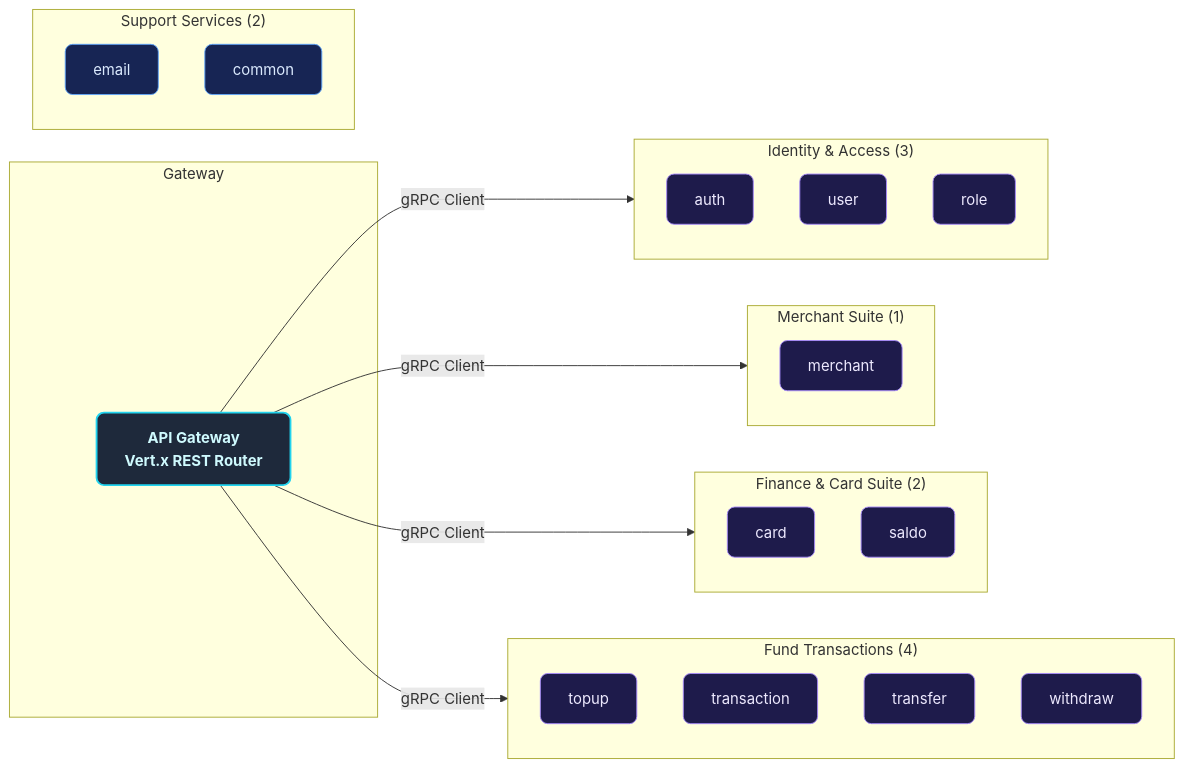
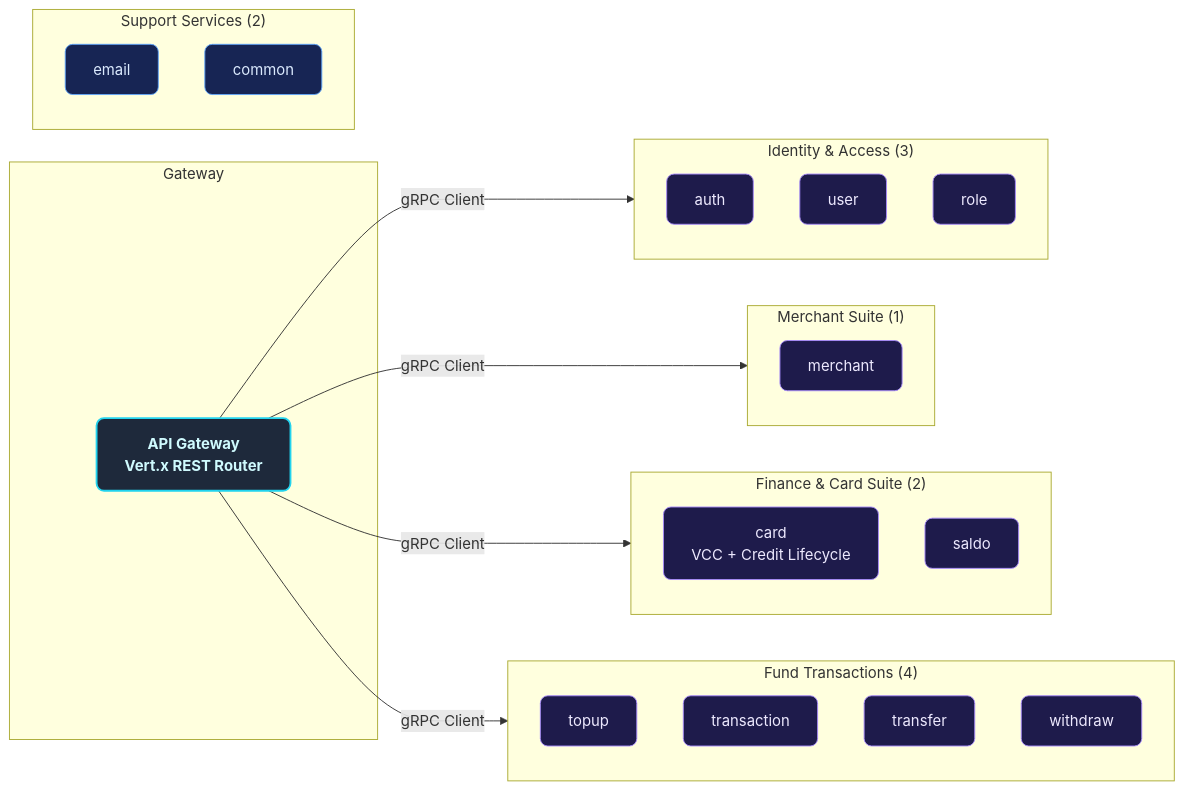
Before and after one commit to MamangRust/modular-monolith-vertx-payment-gateway: the third of 10 diagrams in README.md, drawn with Mermaid. The commit also changed other lines of this file and 815 other files, not shown here.

Commit message:
refactor: reorganize service architectures, update Kubernetes deployments, and optimize shared utility structures.

````diff
--- a/README.md
+++ b/README.md
@@ -208,42 +250,42 @@
 ```mermaid
 graph LR
     classDef svc fill:#1e1b4b,stroke:#a78bfa,color:#ede9fe,stroke-width:1px,rx:8
     classDef gw fill:#1e293b,stroke:#22d3ee,color:#cffafe,stroke-width:2px,rx:8,font-weight:bold
     classDef support fill:#172554,stroke:#60a5fa,color:#dbeafe,stroke-width:1px,rx:8
 
     subgraph Gateway
         API["API Gateway<br/>Vert.x REST Router"]:::gw
     end
 
     subgraph Identity["Identity & Access (3)"]
         A1["auth"]:::svc
         A2["user"]:::svc
         A3["role"]:::svc
     end
 
     subgraph Merchant["Merchant Suite (1)"]
         M1["merchant"]:::svc
     end
 
     subgraph Finance["Finance & Card Suite (2)"]
-        F1["card"]:::svc
+        F1["card<br/>VCC + Credit Lifecycle"]:::svc
         F2["saldo"]:::svc
     end
 
     subgraph Movements["Fund Transactions (4)"]
         T1["topup"]:::svc
         T2["transaction"]:::svc
         T3["transfer"]:::svc
         T4["withdraw"]:::svc
     end
 
     subgraph Support["Support Services (2)"]
         S1["email"]:::support
         S2["common"]:::support
     end
 
     API -->|"gRPC Client"| Identity
     API -->|"gRPC Client"| Merchant
     API -->|"gRPC Client"| Finance
     API -->|"gRPC Client"| Movements
 ```
````
